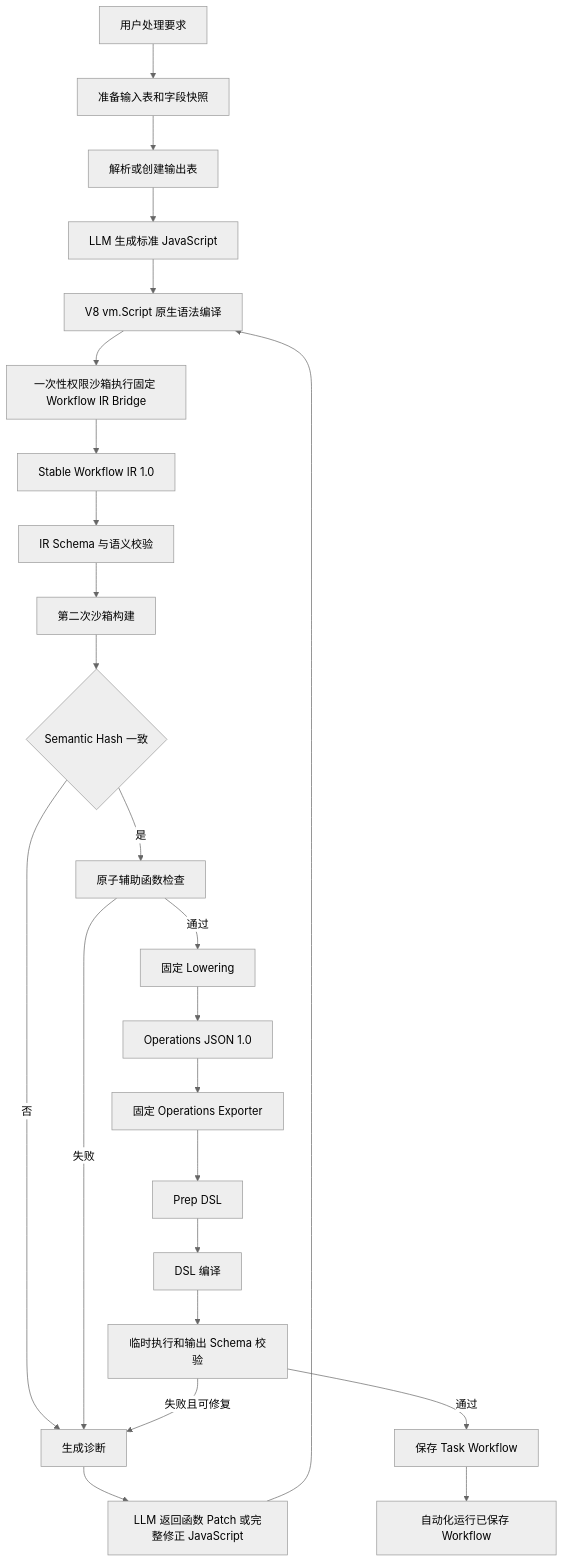
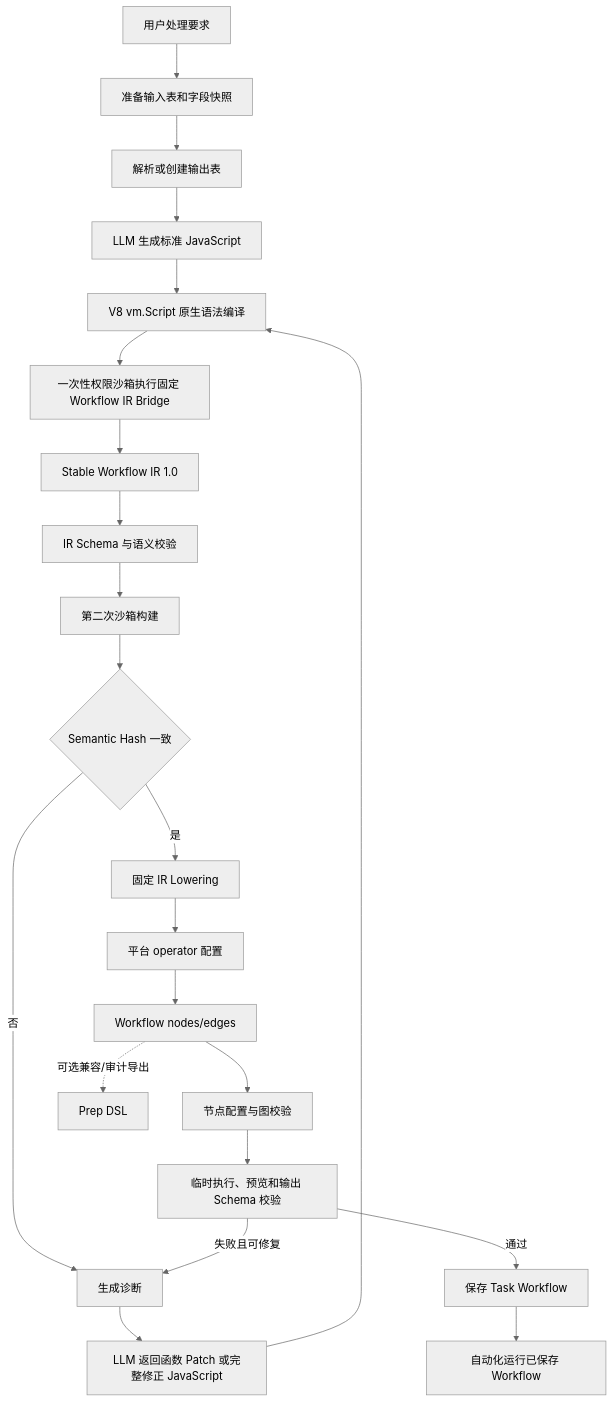
The diagram in design/automation/data-processing-automation-rp.md (tyro668/sophron-cowork-desktop), drawn with Mermaid (neutral theme) before and after one commit. The commit also changed other lines of this file and 12 other files, not shown here.

````diff
--- a/design/automation/data-processing-automation-rp.md
+++ b/design/automation/data-processing-automation-rp.md
@@ -26,26 +26,24 @@
 ```mermaid
 flowchart TD
     A[用户处理要求] --> B[准备输入表和字段快照]
     B --> C[解析或创建输出表]
     C --> D[LLM 生成标准 JavaScript]
     D --> E[V8 vm.Script 原生语法编译]
     E --> F[一次性权限沙箱执行固定 Workflow IR Bridge]
     F --> G[Stable Workflow IR 1.0]
     G --> H[IR Schema 与语义校验]
     H --> I[第二次沙箱构建]
     I --> J{Semantic Hash 一致}
     J -->|否| R[生成诊断]
-    J -->|是| K[原子辅助函数检查]
-    K -->|失败| R
+    J -->|是| K[固定 IR Lowering]
     R --> P[LLM 返回函数 Patch 或完整修正 JavaScript]
     P --> E
-    K -->|通过| L[固定 Lowering]
-    L --> M[Operations JSON 1.0]
-    M --> N[固定 Operations Exporter]
-    N --> O[Prep DSL]
-    O --> Q[DSL 编译]
-    Q --> S[临时执行和输出 Schema 校验]
+    K --> L[平台 operator 配置]
+    L --> M[Workflow nodes/edges]
+    M --> N[节点配置与图校验]
+    N --> S[临时执行、预览和输出 Schema 校验]
+    M -.可选兼容/审计导出.-> O[Prep DSL]
     S -->|失败且可修复| R
     S -->|通过| T[保存 Task Workflow]
     T --> U[自动化运行已保存 Workflow]
 ```
````
